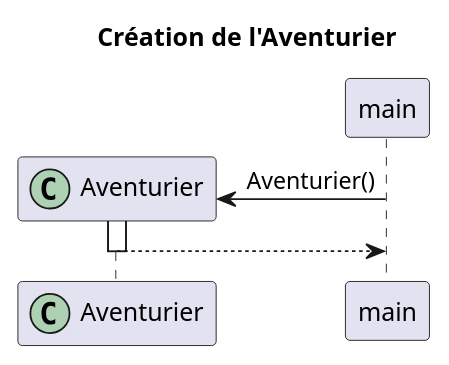
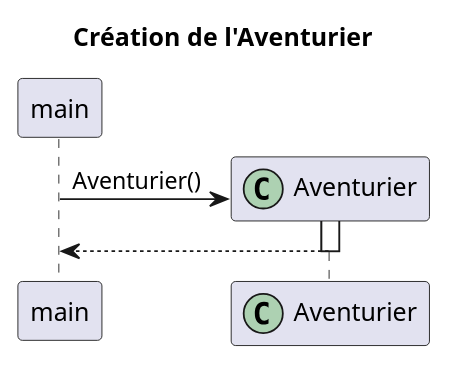
Before and after one commit to LoickNosal/2019_COO_Zeldiablo_Nosal9u_Demang146u_Sousa12u_Gsell5u: the diagram in documents/version_01/diagramme_sequence/creationAventurier.wsd, drawn with PlantUML. The commit also changed 5 other files, not shown here.

Commit message:
Finalisation des diagrammes de séquences

```diff
--- a/documents/version_01/diagramme_sequence/creationAventurier.wsd
+++ b/documents/version_01/diagramme_sequence/creationAventurier.wsd
@@ -1,11 +1,12 @@
 @startuml 
 title Création de l'Aventurier
+participant main
 participant Aventurier << (C,#ADD1B2) >>
 create Aventurier
 main -> Aventurier : Aventurier()
 Activate Aventurier
 Aventurier --> main
 deactivate Aventurier
 
 
 @enduml
```
